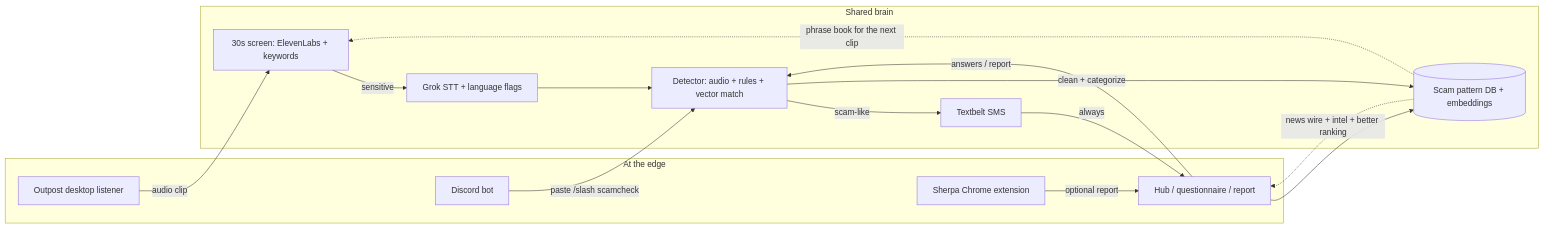
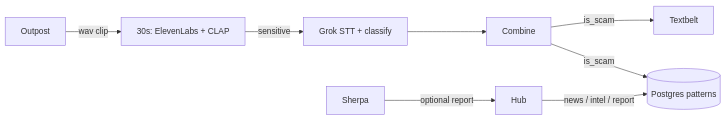
One commit to haydenji0731/hophacks2026 changed the diagram in README.md. Above: the diagram before and after it, drawn with Mermaid. The commit also changed other lines of this file, not shown here.

Commit message:
clean README

````diff
--- a/README.md
+++ b/README.md
@@ -103,30 +65,10 @@
 ```mermaid
 flowchart LR
-  subgraph edges [At the edge]
-    Outpost[Outpost desktop listener]
-    Sherpa[Sherpa Chrome extension]
-    Hub[Hub / questionnaire / report]
-    Discord[Discord bot]
-  end
-
-  subgraph brain [Shared brain]
-    Screen[30s screen: ElevenLabs + keywords]
-    Grok[Grok STT + language flags]
-    Combine[Detector: audio + rules + vector match]
-    DB[(Scam pattern DB + embeddings)]
-    SMS[Textbelt SMS]
-  end
-
-  Outpost -->|audio clip| Screen
-  Screen -->|sensitive| Grok
-  Grok --> Combine
-  Combine -->|scam-like| SMS
-  Combine -->|clean + categorize| DB
-  SMS -->|always| Hub
-  Sherpa -->|optional report| Hub
-  Hub -->|answers / report| Combine
-  Hub --> DB
-  Discord -->|paste /slash scamcheck| Combine
-  DB -.->|news wire + intel + better ranking| Hub
-  DB -.->|phrase book for the next clip| Screen
+  Outpost[Outpost] -->|wav clip| Screen
+  Screen[30s: ElevenLabs + CLAP] -->|sensitive| Grok
+  Grok[Grok STT + classify] --> Combine
+  Combine -->|is_scam| SMS[Textbelt]
+  Combine -->|is_scam| DB[(Postgres patterns)]
+  Hub[Hub] -->|news / intel / report| DB
+  Sherpa[Sherpa] -->|optional report| Hub
 ```
````
